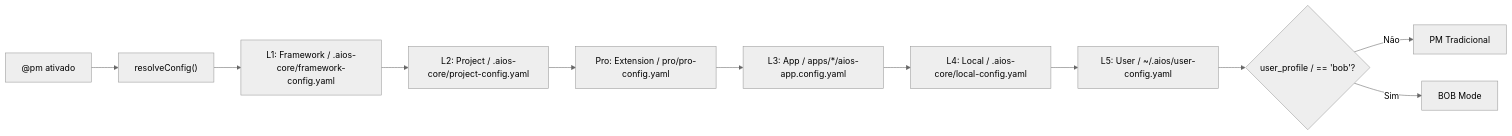
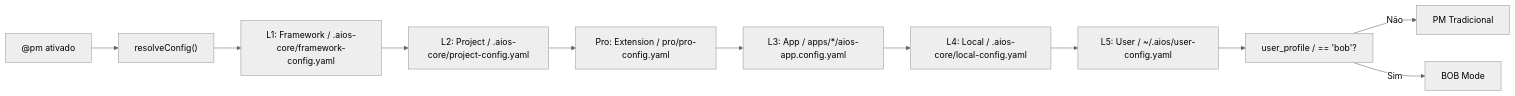
Before and after one commit to bychrisr/aios-docs: the third of 17 diagrams in content/en/docs/aios-workflows/bob-orchestrator-workflow.mdx, drawn with Mermaid (neutral theme). The commit also changed other lines of this file and 40 other files, not shown here.

````diff
--- a/content/en/docs/aios-workflows/bob-orchestrator-workflow.mdx
+++ b/content/en/docs/aios-workflows/bob-orchestrator-workflow.mdx
@@ -268,13 +268,13 @@
 ```mermaid
 flowchart LR
     A["@pm ativado"] --> B["resolveConfig()"]
     B --> C["L1: Framework / .aios-core/framework-config.yaml"]
     C --> D["L2: Project / .aios-core/project-config.yaml"]
     D --> E["Pro: Extension / pro/pro-config.yaml"]
     E --> F["L3: App / apps/*/aios-app.config.yaml"]
     F --> G["L4: Local / .aios-core/local-config.yaml"]
     G --> H["L5: User / ~/.aios/user-config.yaml"]
-    H --> I{"user_profile / == 'bob'?"}
+    H --> I["user_profile / == 'bob'?"]
     I -->|Não| J["PM Tradicional"]
     I -->|Sim| K["BOB Mode"]
 ```
````
